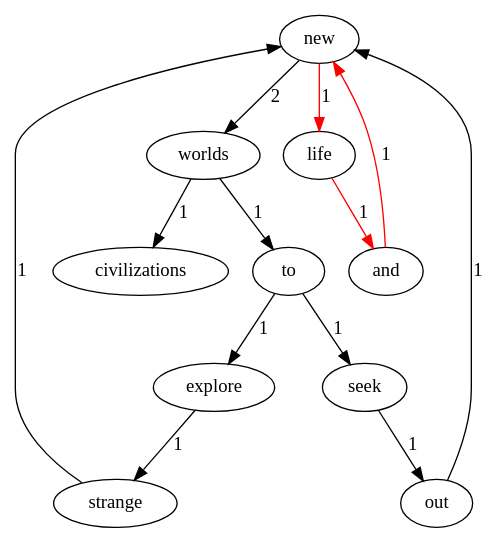
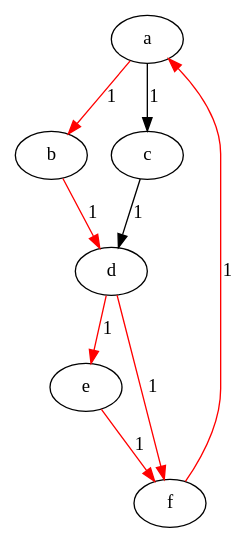
Before and after one commit to llliukexin/Lab1-2021111874: the diagram in result/marked_rand_graph.dot, drawn with Graphviz. The commit also changed 46 other files, not shown here.

```diff
--- a/result/marked_rand_graph.dot
+++ b/result/marked_rand_graph.dot
@@ -1,14 +1,10 @@
 digraph G {
-	new -> worlds [label="2"];
-	new -> life [label="1"] [color=red];
-	worlds -> to [label="1"];
-	worlds -> civilizations [label="1"];
-	explore -> strange [label="1"];
-	and -> new [label="1"] [color=red];
-	to -> explore [label="1"];
-	to -> seek [label="1"];
-	seek -> out [label="1"];
-	strange -> new [label="1"];
-	life -> and [label="1"] [color=red];
-	out -> new [label="1"];
+	a -> b [label="1"] [color=red];
+	a -> c [label="1"];
+	b -> d [label="1"] [color=red];
+	c -> d [label="1"];
+	d -> e [label="1"] [color=red];
+	d -> f [label="1"] [color=red];
+	e -> f [label="1"] [color=red];
+	f -> a [label="1"] [color=red];
 }
```
